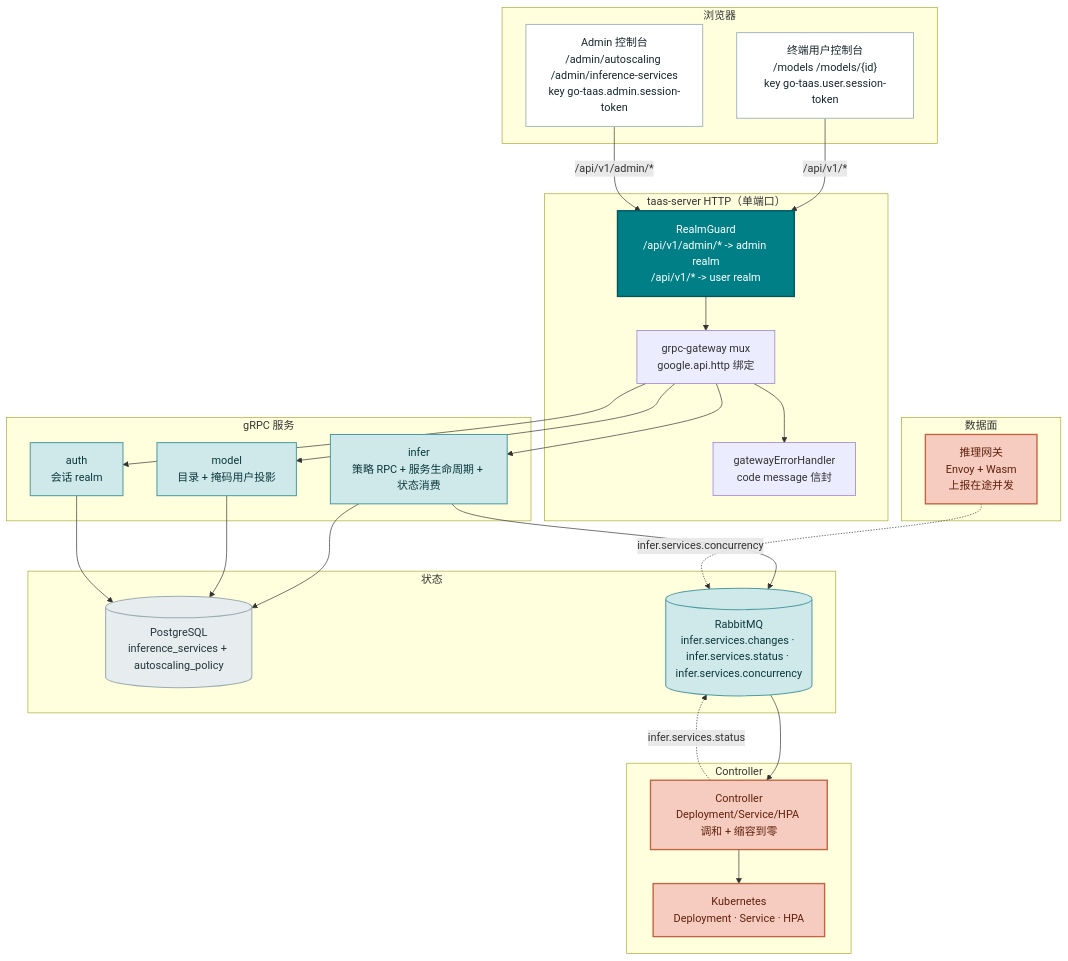
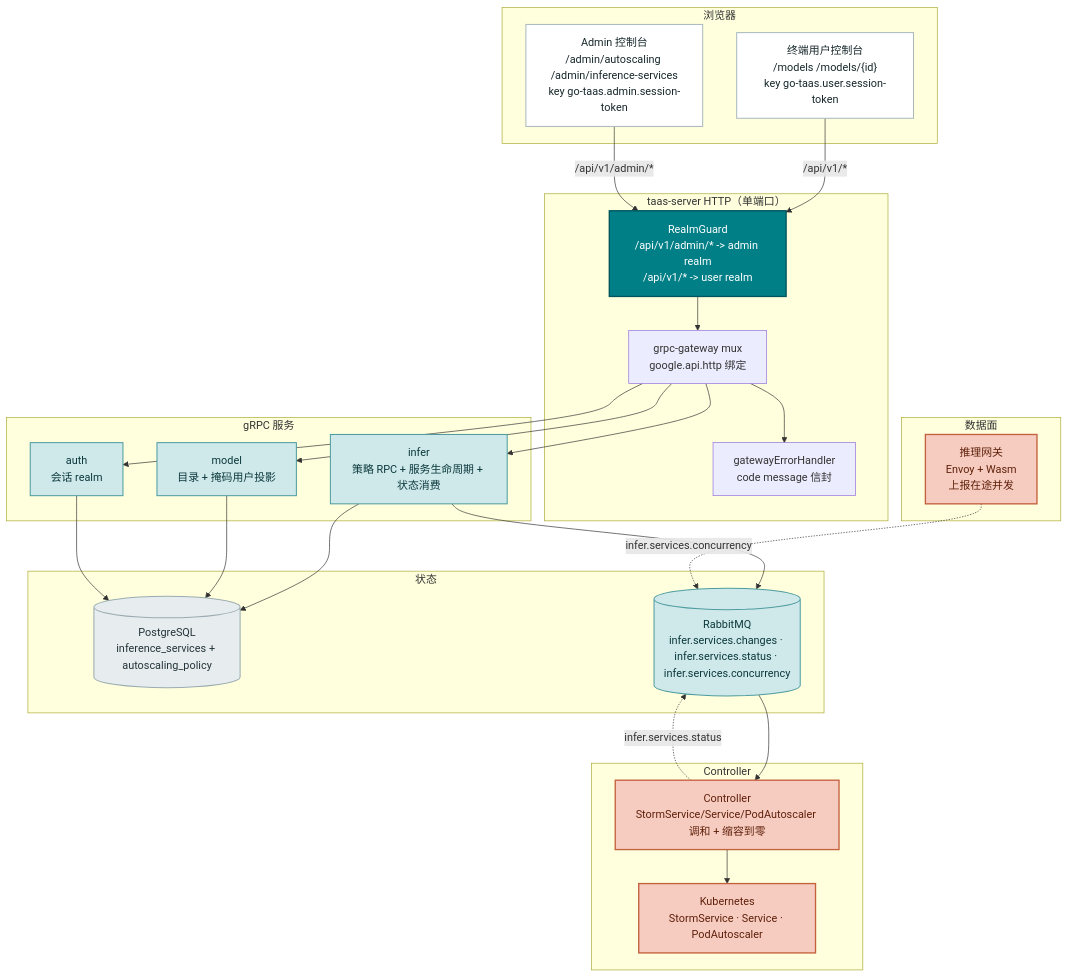
The first of 5 diagrams in site/docs/architecture/inference-autoscaling.zh-cn.md (go-taas/go-taas), drawn with Mermaid before and after one commit. The commit also changed other lines of this file and 41 other files, not shown here.

````diff
--- a/site/docs/architecture/inference-autoscaling.zh-cn.md
+++ b/site/docs/architecture/inference-autoscaling.zh-cn.md
@@ -79,59 +79,59 @@
 ```mermaid
 flowchart TD
     subgraph browsers["浏览器"]
         UC["终端用户控制台<br/>/models /models/{id}<br/>key go-taas.user.session-token"]
         AC["Admin 控制台<br/>/admin/autoscaling /admin/inference-services<br/>key go-taas.admin.session-token"]
     end
 
     subgraph gateway["taas-server HTTP（单端口）"]
         GUARD["RealmGuard<br/>/api/v1/admin/* -> admin realm<br/>/api/v1/* -> user realm"]
         MUX["grpc-gateway mux<br/>google.api.http 绑定"]
         ERR["gatewayErrorHandler<br/>code message 信封"]
     end
 
     subgraph services["gRPC 服务"]
         INFER["infer<br/>策略 RPC + 服务生命周期 + 状态消费"]
         MODEL["model<br/>目录 + 掩码用户投影"]
         AUTH["auth<br/>会话 realm"]
     end
 
     subgraph stores["状态"]
         PG[("PostgreSQL<br/>inference_services + autoscaling_policy")]
         MQ[("RabbitMQ<br/>infer.services.changes · infer.services.status · infer.services.concurrency")]
     end
 
     subgraph ctrl["Controller"]
-        CTRL["Controller<br/>Deployment/Service/HPA 调和 + 缩容到零"]
-        K8S["Kubernetes<br/>Deployment · Service · HPA"]
+        CTRL["Controller<br/>StormService/Service/PodAutoscaler 调和 + 缩容到零"]
+        K8S["Kubernetes<br/>StormService · Service · PodAutoscaler"]
     end
 
     subgraph dp["数据面"]
         DGW["推理网关<br/>Envoy + Wasm<br/>上报在途并发"]
     end
 
     UC -->|"/api/v1/*"| GUARD
     AC -->|"/api/v1/admin/*"| GUARD
     GUARD --> MUX
     MUX --> ERR
     MUX --> INFER
     MUX --> MODEL
     MUX --> AUTH
     INFER --> PG
     INFER --> MQ
     MODEL --> PG
     AUTH --> PG
     MQ --> CTRL
     CTRL --> K8S
     DGW -.->|"infer.services.concurrency"| MQ
     CTRL -.->|"infer.services.status"| MQ
     classDef consumer fill:#FFFFFF,stroke:#A9BABD,stroke-width:1.5px,color:#17272B
     classDef edge fill:#007F86,stroke:#00565C,stroke-width:2px,color:#FFFFFF
     classDef svc fill:#CFE9EA,stroke:#4E9CA0,stroke-width:1.5px,color:#0B383D
     classDef store fill:#E7ECEE,stroke:#9AACB1,stroke-width:1.5px,color:#23343A
     classDef dpg fill:#F6CCC0,stroke:#C4623F,stroke-width:2px,color:#5F200A
     class UC,AC consumer
     class GUARD edge
     class INFER,MODEL,AUTH,MQ svc
     class PG store
     class CTRL,K8S,DGW dpg
 ```
````
